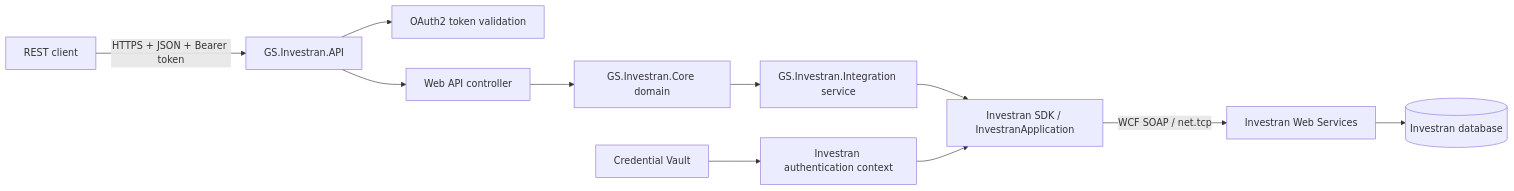
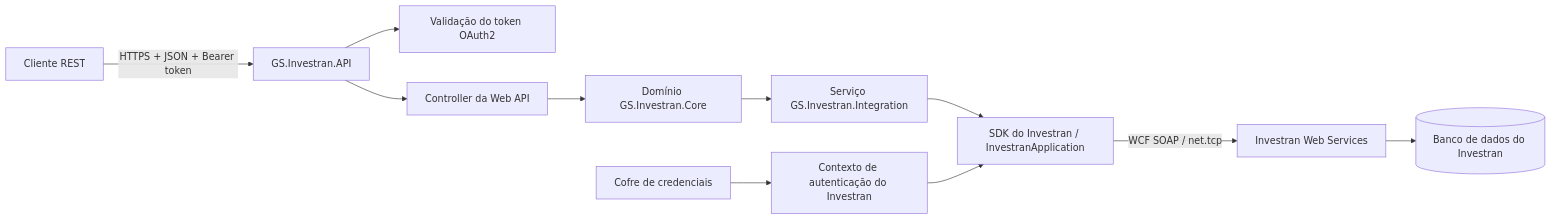
The first of 2 diagrams in docs/api/architecture.md (msekimoto/investran), drawn with Mermaid before and after one commit. The commit also changed other lines of this file and 6 other files, not shown here.

````diff
--- a/docs/api/architecture.md
+++ b/docs/api/architecture.md
@@ -7,13 +7,13 @@
 ```mermaid
 flowchart LR
-    C[REST client] -->|HTTPS + JSON + Bearer token| API[GS.Investran.API]
-    API --> AUTH[OAuth2 token validation]
-    API --> CTRL[Web API controller]
-    CTRL --> DOM[GS.Investran.Core domain]
-    DOM --> INT[GS.Investran.Integration service]
-    INT --> SDK[Investran SDK / InvestranApplication]
+    C[Cliente REST] -->|HTTPS + JSON + Bearer token| API[GS.Investran.API]
+    API --> AUTH[Validação do token OAuth2]
+    API --> CTRL[Controller da Web API]
+    CTRL --> DOM[Domínio GS.Investran.Core]
+    DOM --> INT[Serviço GS.Investran.Integration]
+    INT --> SDK[SDK do Investran / InvestranApplication]
     SDK -->|WCF SOAP / net.tcp| INV[Investran Web Services]
-    INV --> DB[(Investran database)]
-    VAULT[Credential Vault] --> AUTHN[Investran authentication context]
+    INV --> DB[(Banco de dados do Investran)]
+    VAULT[Cofre de credenciais] --> AUTHN[Contexto de autenticação do Investran]
     AUTHN --> SDK
 ```
````
